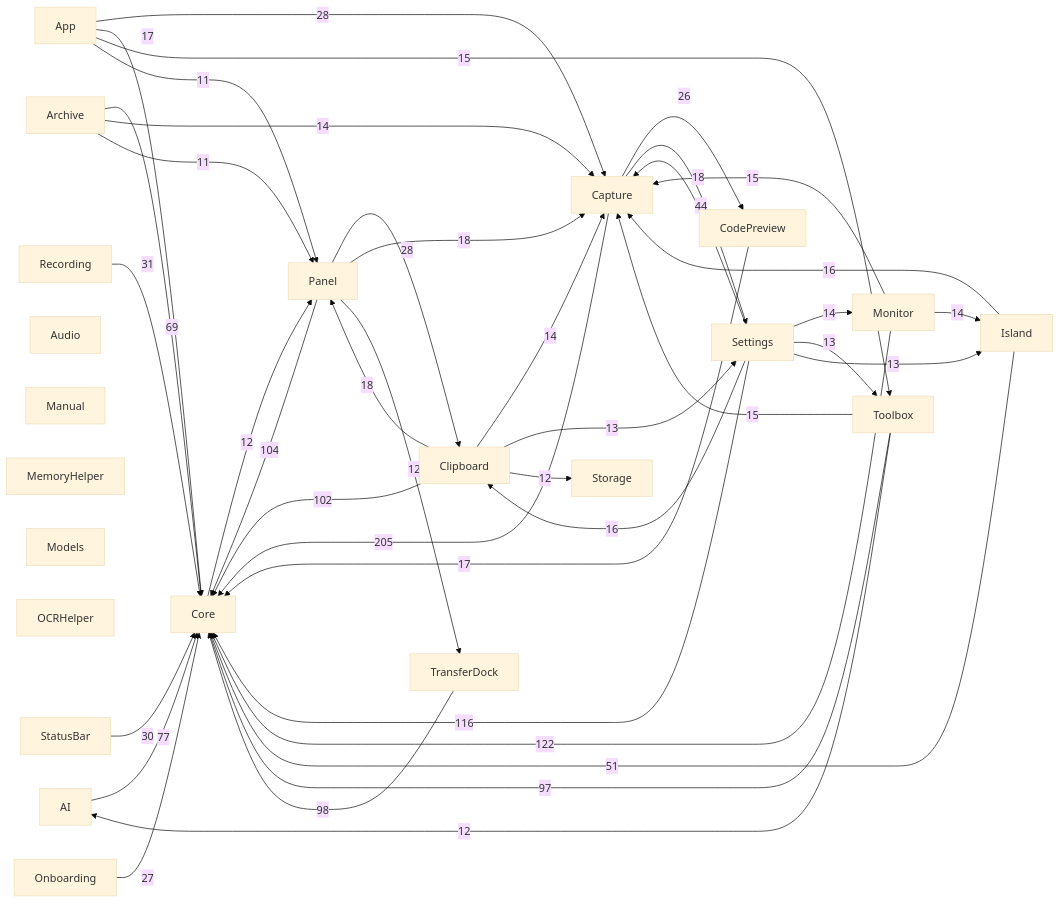
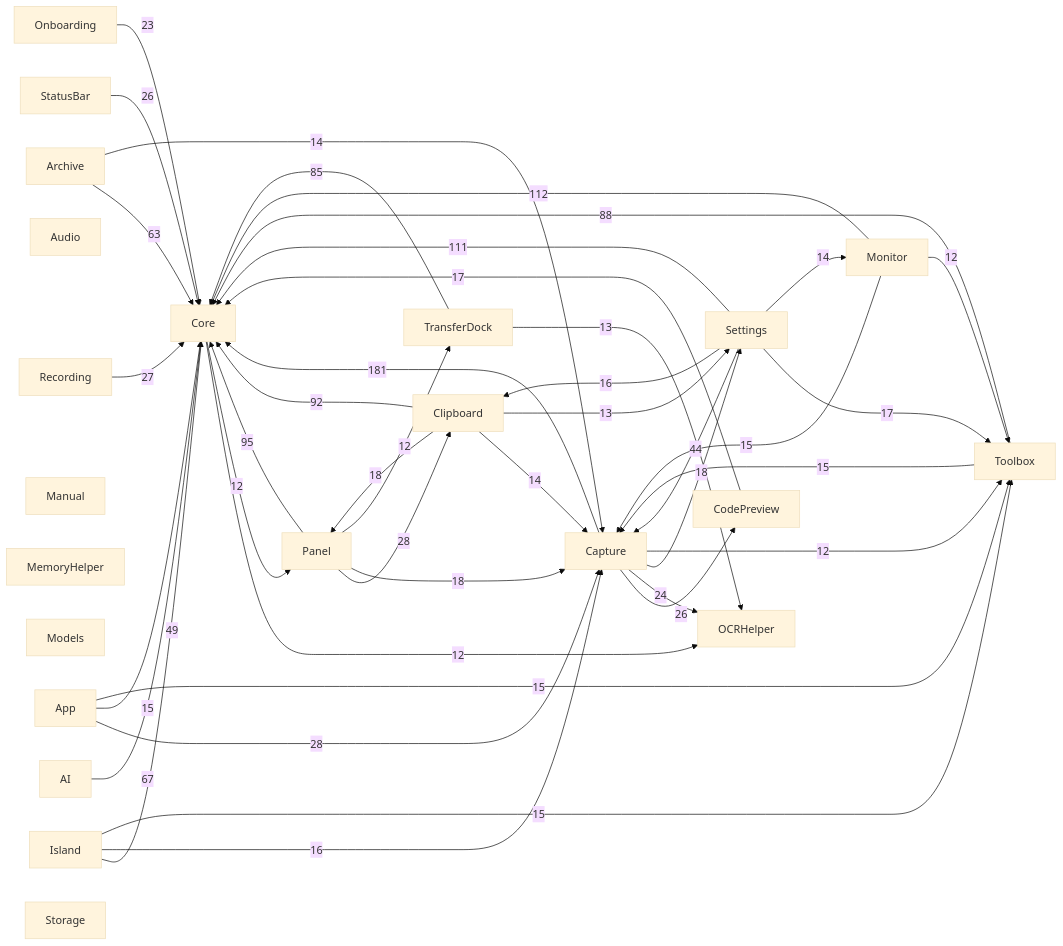
One commit to sxyq/Kitnest changed the diagram in docs/00-总览/模块依赖图.md. Above: the diagram before and after it, drawn with Mermaid (base theme). The commit also changed other lines of this file and 7 other files, not shown here.

````diff
--- a/docs/00-总览/模块依赖图.md
+++ b/docs/00-总览/模块依赖图.md
@@ -36,65 +36,65 @@
 ```mermaid
 flowchart LR
   M0["AI"]
   M1["App"]
   M2["Archive"]
   M3["Audio"]
   M4["Capture"]
   M5["Clipboard"]
   M6["CodePreview"]
   M7["Core"]
   M8["Island"]
   M9["Manual"]
   M10["MemoryHelper"]
   M11["Models"]
   M12["Monitor"]
   M13["OCRHelper"]
   M14["Onboarding"]
   M15["Panel"]
   M16["Recording"]
   M17["Settings"]
   M18["StatusBar"]
   M19["Storage"]
   M20["Toolbox"]
   M21["TransferDock"]
-  M4 -->|205| M7
-  M12 -->|122| M7
-  M17 -->|116| M7
-  M15 -->|104| M7
-  M5 -->|102| M7
-  M21 -->|98| M7
-  M20 -->|97| M7
-  M0 -->|77| M7
-  M2 -->|69| M7
-  M8 -->|51| M7
+  M4 -->|181| M7
+  M12 -->|112| M7
+  M17 -->|111| M7
+  M15 -->|95| M7
+  M5 -->|92| M7
+  M20 -->|88| M7
+  M21 -->|85| M7
+  M0 -->|67| M7
+  M2 -->|63| M7
+  M8 -->|49| M7
   M17 -->|44| M4
-  M16 -->|31| M7
-  M18 -->|30| M7
   M1 -->|28| M4
   M15 -->|28| M5
-  M14 -->|27| M7
+  M16 -->|27| M7
   M4 -->|26| M6
+  M18 -->|26| M7
+  M4 -->|24| M13
+  M14 -->|23| M7
   M4 -->|18| M17
+  M15 -->|18| M4
   M5 -->|18| M15
-  M15 -->|18| M4
-  M1 -->|17| M7
+  M17 -->|17| M20
   M6 -->|17| M7
+  M17 -->|16| M5
   M8 -->|16| M4
-  M17 -->|16| M5
+  M1 -->|15| M7
   M1 -->|15| M20
   M12 -->|15| M4
   M20 -->|15| M4
+  M8 -->|15| M20
+  M17 -->|14| M12
   M2 -->|14| M4
   M5 -->|14| M4
-  M12 -->|14| M8
-  M17 -->|14| M12
+  M21 -->|13| M13
   M5 -->|13| M17
-  M17 -->|13| M20
-  M17 -->|13| M8
+  M7 -->|12| M13
   M7 -->|12| M15
-  M5 -->|12| M19
+  M4 -->|12| M20
+  M12 -->|12| M20
   M15 -->|12| M21
-  M20 -->|12| M0
-  M1 -->|11| M15
-  M2 -->|11| M15
 ```
````
